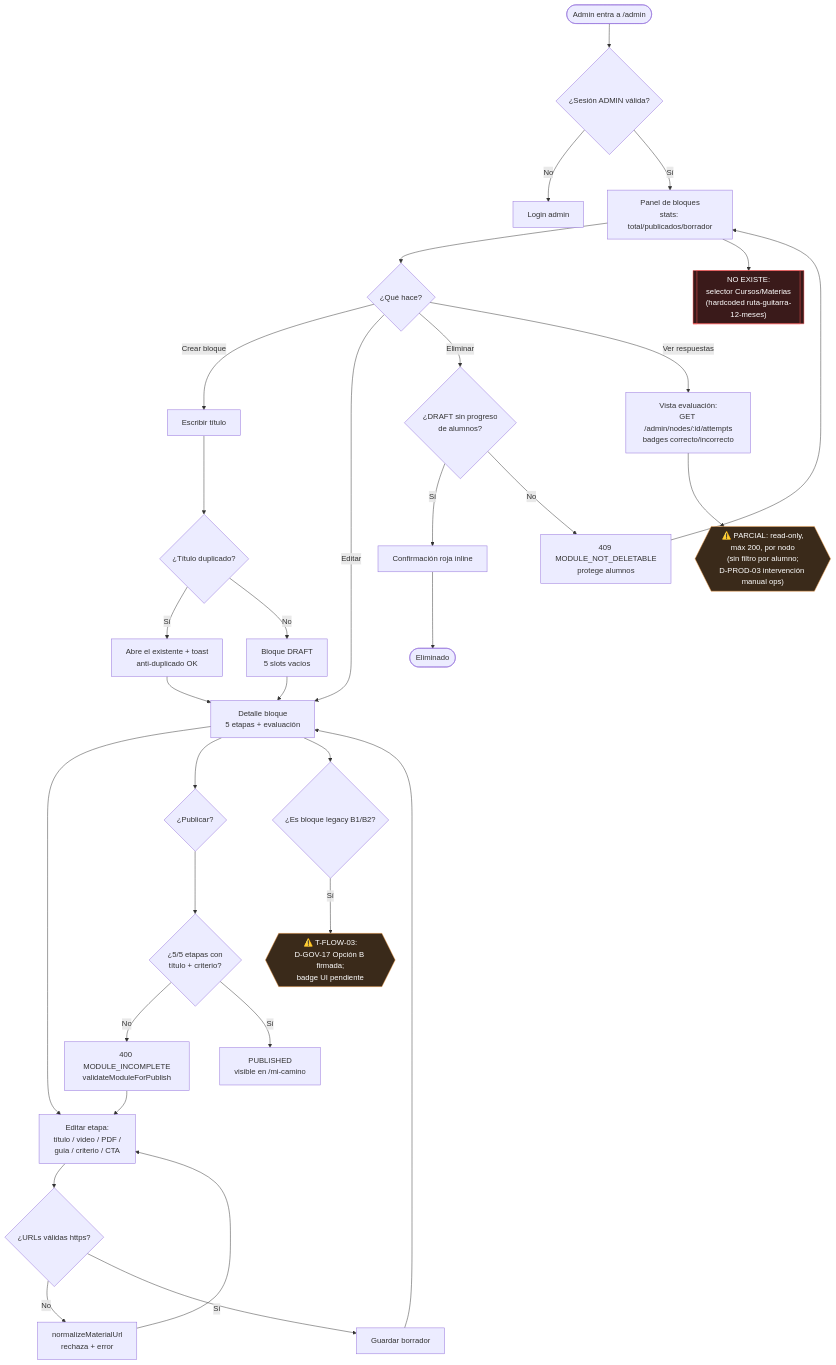
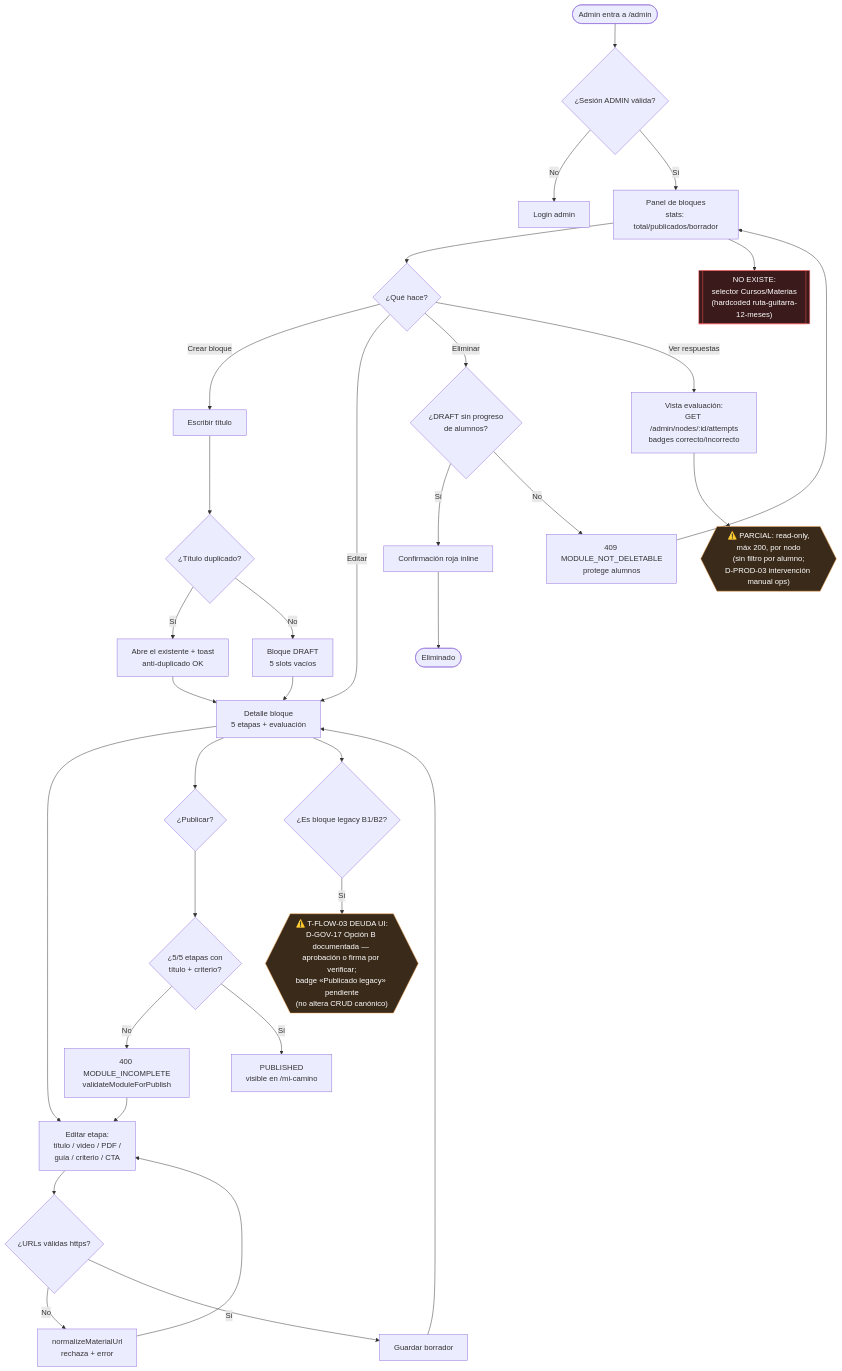
Before and after one commit to gmusicproyect/proyectogmusic: the diagram in Página de cursos de música/docs/flows/03-admin-contenido.md, drawn with Mermaid. The commit also changed other lines of this file and 14 other files, not shown here.

First line of the commit message:
fix(auth): T-FLOW-01 ADMIN post-login + flows alineados a realidad

````diff
--- a/Página de cursos de música/docs/flows/03-admin-contenido.md
+++ b/Página de cursos de música/docs/flows/03-admin-contenido.md
@@ -6,48 +6,48 @@
 ```mermaid
 flowchart TD
     Entry([Admin entra a /admin]) --> Auth{¿Sesión ADMIN válida?}
     Auth -- No --> LoginAdmin[Login admin]
     Auth -- Sí --> Panel[Panel de bloques<br/>stats: total/publicados/borrador]
 
     Panel --> Accion{¿Qué hace?}
 
     Accion -- Crear bloque --> Titulo[Escribir título]
     Titulo --> Dup{¿Título duplicado?}
     Dup -- Sí --> AbreExistente[Abre el existente + toast<br/>anti-duplicado OK]
     Dup -- No --> Nuevo[Bloque DRAFT<br/>5 slots vacíos]
 
     Accion -- Editar --> Detalle[Detalle bloque<br/>5 etapas + evaluación]
     Nuevo --> Detalle
     AbreExistente --> Detalle
 
     Detalle --> EditEtapa[Editar etapa:<br/>título / video / PDF /<br/>guía / criterio / CTA]
     EditEtapa --> URLCheck{¿URLs válidas https?}
     URLCheck -- No --> URLError[normalizeMaterialUrl<br/>rechaza + error]
     URLError --> EditEtapa
     URLCheck -- Sí --> Guardar[Guardar borrador]
     Guardar --> Detalle
 
     Detalle --> Publicar{¿Publicar?}
     Publicar --> Validar{¿5/5 etapas con<br/>título + criterio?}
     Validar -- No --> Bloqueado[400 MODULE_INCOMPLETE<br/>validateModuleForPublish]
     Bloqueado --> EditEtapa
     Validar -- Sí --> Published[PUBLISHED<br/>visible en /mi-camino]
 
     Detalle --> Legacy{¿Es bloque legacy B1/B2?}
-    Legacy -- Sí --> BadgeLegacy{{"⚠️ T-FLOW-03:<br/>D-GOV-17 Opción B firmada;<br/>badge UI pendiente"}}
+    Legacy -- Sí --> BadgeLegacy{{"⚠️ T-FLOW-03 DEUDA UI:<br/>D-GOV-17 Opción B documentada — aprobación o firma por verificar;<br/>badge «Publicado legacy» pendiente<br/>(no altera CRUD canónico)"}}
 
     Accion -- Eliminar --> EsDraft{¿DRAFT sin progreso<br/>de alumnos?}
     EsDraft -- Sí --> Confirm[Confirmación roja inline]
     Confirm --> Borrado([Eliminado])
     EsDraft -- No --> E409[409 MODULE_NOT_DELETABLE<br/>protege alumnos]
     E409 --> Panel
 
     Accion -- Ver respuestas --> Attempts[Vista evaluación:<br/>GET /admin/nodes/:id/attempts<br/>badges correcto/incorrecto]
     Attempts --> Limitado{{"⚠️ PARCIAL: read-only,<br/>máx 200, por nodo<br/>(sin filtro por alumno;<br/>D-PROD-03 intervención manual ops)"}}
 
     Panel --> MultiCurso[["NO EXISTE:<br/>selector Cursos/Materias<br/>(hardcoded ruta-guitarra-12-meses)"]]
 
     style BadgeLegacy fill:#3a2a1a,stroke:#ffaa55,color:#fff
     style Limitado fill:#3a2a1a,stroke:#ffaa55,color:#fff
     style MultiCurso fill:#3a1a1a,stroke:#ff5555,color:#fff
 ```
````
